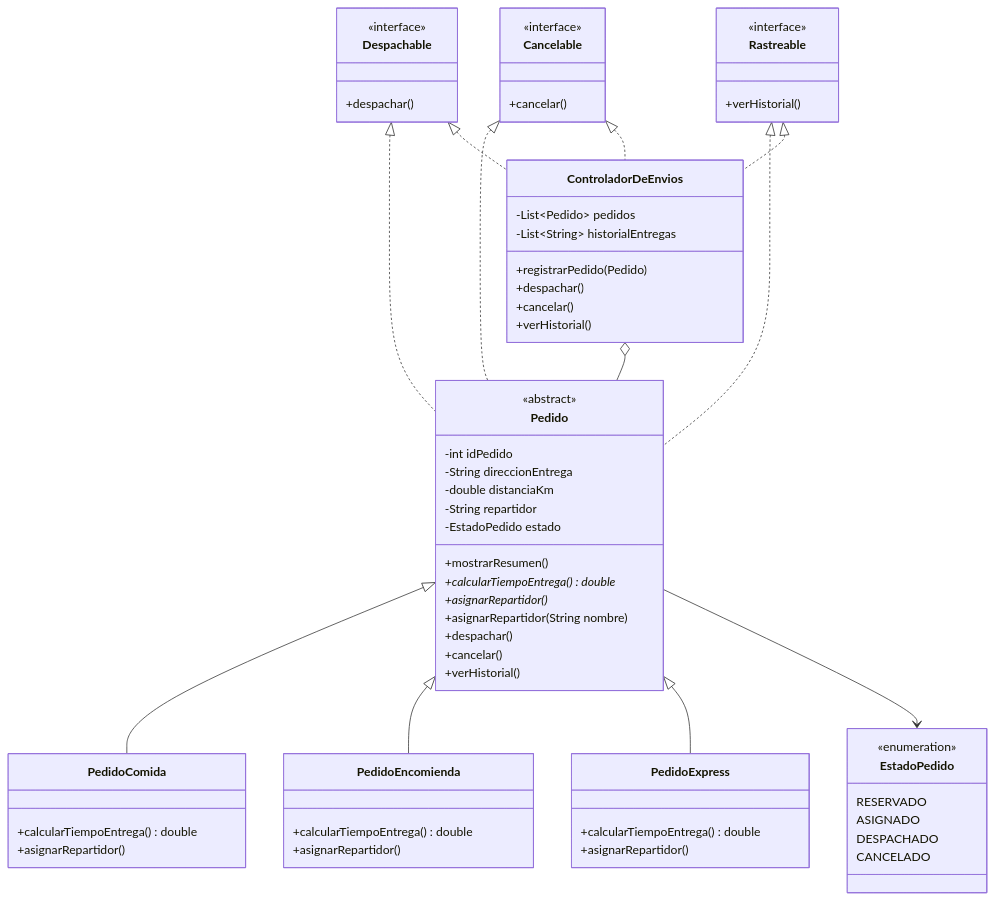
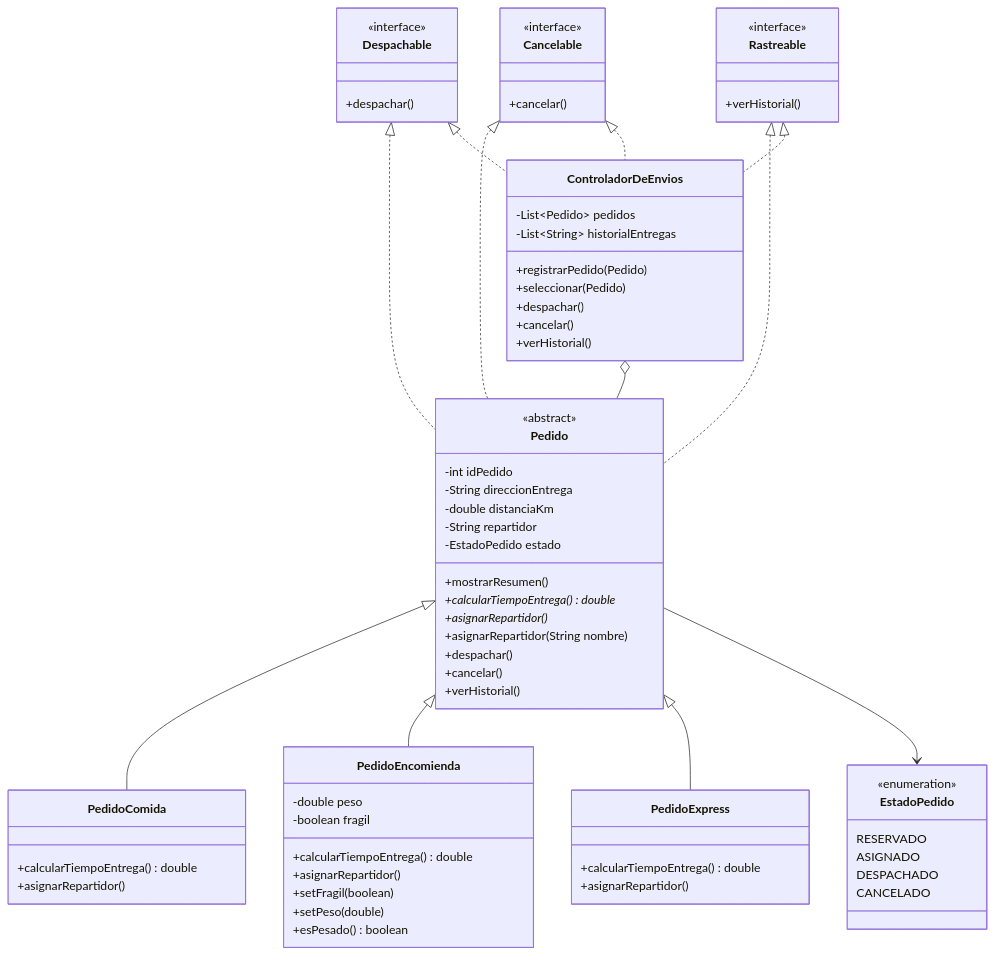
The diagram in semana 3/README.md (Be-ri-lo/SpeedFast-Poliformismo), drawn with Mermaid before and after one commit. The commit also changed other lines of this file and 1 other file, not shown here.

````diff
--- a/semana 3/README.md
+++ b/semana 3/README.md
@@ -67,73 +67,79 @@
 ```mermaid
 classDiagram
     class Despachable {
         <<interface>>
         +despachar()
     }
     class Cancelable {
         <<interface>>
         +cancelar()
     }
     class Rastreable {
         <<interface>>
         +verHistorial()
     }
 
     class Pedido {
         <<abstract>>
         -int idPedido
         -String direccionEntrega
         -double distanciaKm
         -String repartidor
         -EstadoPedido estado
         +mostrarResumen()
         +calcularTiempoEntrega()* double
         +asignarRepartidor()*
         +asignarRepartidor(String nombre)
         +despachar()
         +cancelar()
         +verHistorial()
     }
 
     class PedidoComida {
         +calcularTiempoEntrega() double
         +asignarRepartidor()
     }
     class PedidoEncomienda {
+        -double peso
+        -boolean fragil
         +calcularTiempoEntrega() double
         +asignarRepartidor()
+        +setFragil(boolean)
+        +setPeso(double)
+        +esPesado() boolean
     }
     class PedidoExpress {
         +calcularTiempoEntrega() double
         +asignarRepartidor()
     }
 
     class ControladorDeEnvios {
         -List~Pedido~ pedidos
         -List~String~ historialEntregas
         +registrarPedido(Pedido)
+        +seleccionar(Pedido)
         +despachar()
         +cancelar()
         +verHistorial()
     }
 
     class EstadoPedido {
         <<enumeration>>
         RESERVADO
         ASIGNADO
         DESPACHADO
         CANCELADO
     }
 
     Despachable <|.. Pedido
     Cancelable <|.. Pedido
     Rastreable <|.. Pedido
     Despachable <|.. ControladorDeEnvios
     Cancelable <|.. ControladorDeEnvios
     Rastreable <|.. ControladorDeEnvios
     Pedido <|-- PedidoComida
     Pedido <|-- PedidoEncomienda
     Pedido <|-- PedidoExpress
     Pedido --> EstadoPedido
     ControladorDeEnvios o-- Pedido
 ```
````
